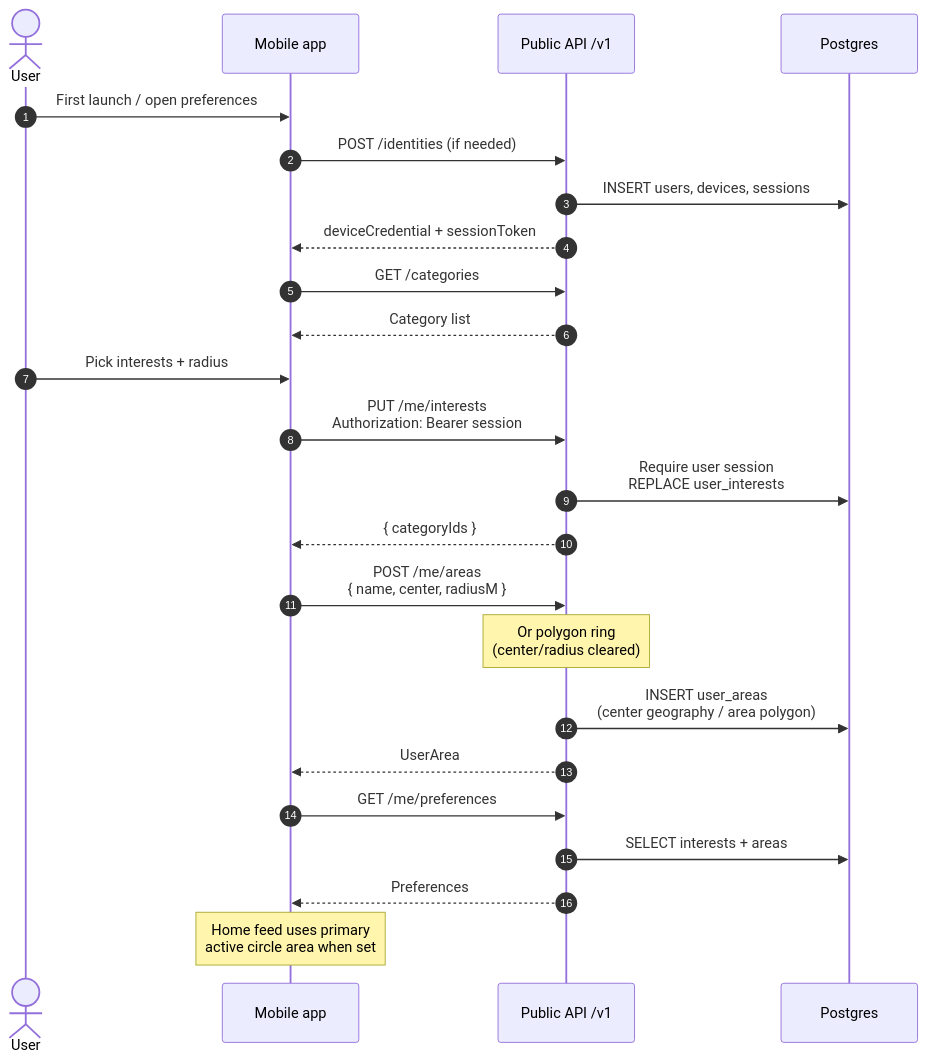
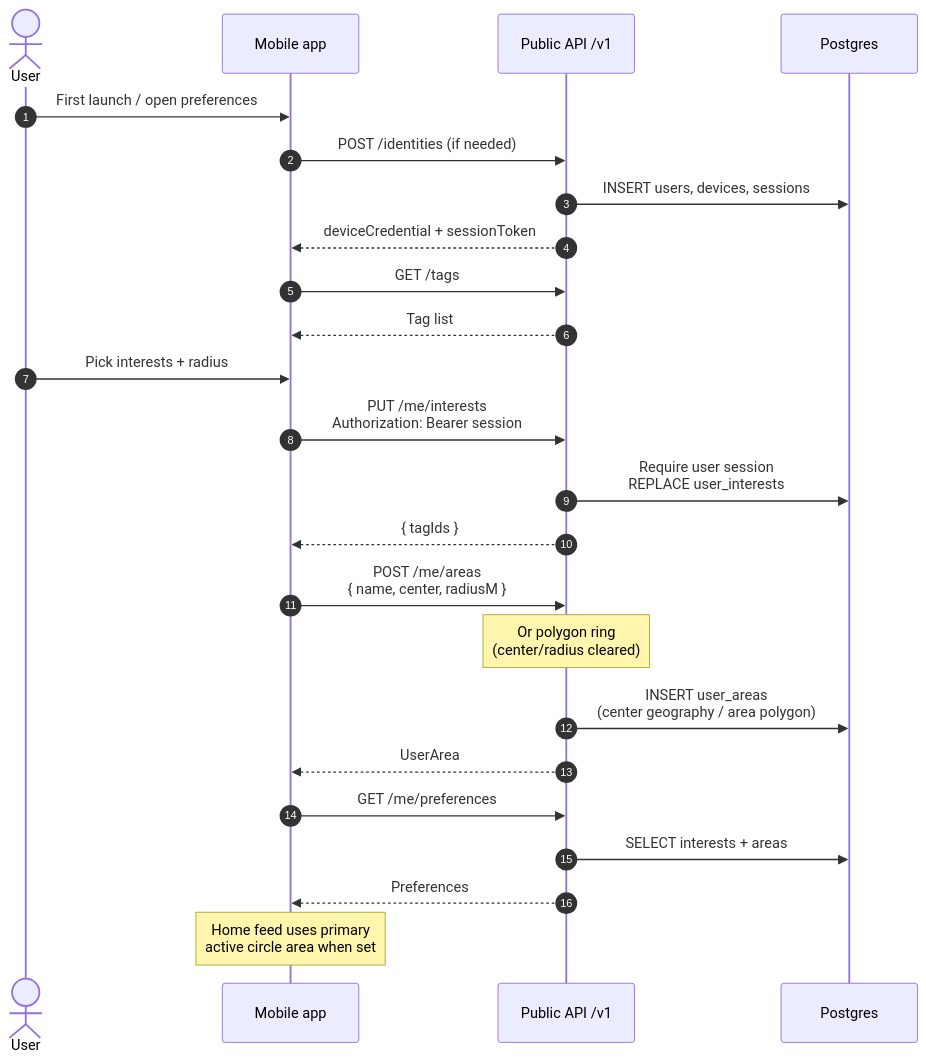
Before and after one commit to BradleySmallbottoms/evently: the diagram in docs/flows/user-preferences.md, drawn with Mermaid. The commit also changed other lines of this file and 254 other files, not shown here.

````diff
--- a/docs/flows/user-preferences.md
+++ b/docs/flows/user-preferences.md
@@ -8,31 +8,31 @@
 ```mermaid
 sequenceDiagram
   autonumber
   actor User
   participant Mobile as Mobile app
   participant API as Public API /v1
   participant DB as Postgres
 
   User->>Mobile: First launch / open preferences
   Mobile->>API: POST /identities (if needed)
   API->>DB: INSERT users, devices, sessions
   API-->>Mobile: deviceCredential + sessionToken
 
-  Mobile->>API: GET /categories
-  API-->>Mobile: Category list
+  Mobile->>API: GET /tags
+  API-->>Mobile: Tag list
 
   User->>Mobile: Pick interests + radius
   Mobile->>API: PUT /me/interests<br/>Authorization: Bearer session
   API->>DB: Require user session<br/>REPLACE user_interests
-  API-->>Mobile: { categoryIds }
+  API-->>Mobile: { tagIds }
 
   Mobile->>API: POST /me/areas<br/>{ name, center, radiusM }
   Note over API: Or polygon ring<br/>(center/radius cleared)
   API->>DB: INSERT user_areas<br/>(center geography / area polygon)
   API-->>Mobile: UserArea
 
   Mobile->>API: GET /me/preferences
   API->>DB: SELECT interests + areas
   API-->>Mobile: Preferences
   Note over Mobile: Home feed uses primary<br/>active circle area when set
 ```
````
